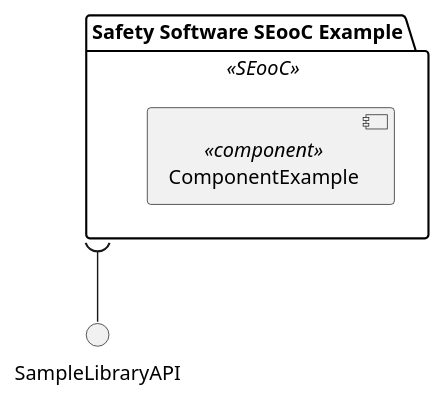
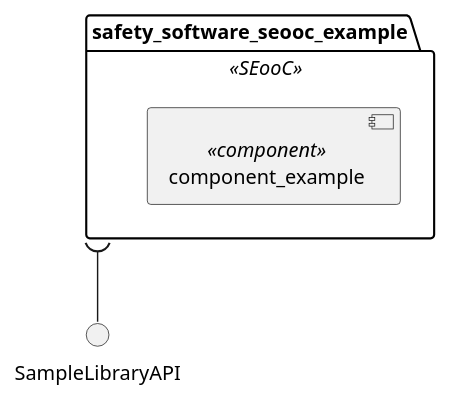
The diagram in bazel/rules/rules_score/examples/seooc/design/overview_design.puml (eclipse-score/tooling), drawn with PlantUML before and after one commit. The commit also changed 375 other files, not shown here.

First line of the commit message:
[plantuml tooling] use name instead of alias for uid generation

```diff
--- a/bazel/rules/rules_score/examples/seooc/design/overview_design.puml
+++ b/bazel/rules/rules_score/examples/seooc/design/overview_design.puml
@@ -14,14 +14,14 @@
 @startuml overview_design
 
 ' Boundary overview: the SEooC and its public API only. Internals are
 ' elaborated in static_design.puml; every entity here is also declared there.
 
-package "Safety Software SEooC Example" as safety_software_seooc_example <<SEooC>> {
-    component "ComponentExample" as component_example <<component>>
+package safety_software_seooc_example <<SEooC>> {
+    component component_example <<component>>
 }
 
-interface "SampleLibraryAPI" as SampleLibraryAPI
+interface SampleLibraryAPI
 
 safety_software_seooc_example )-d- SampleLibraryAPI
 
 @enduml
```
